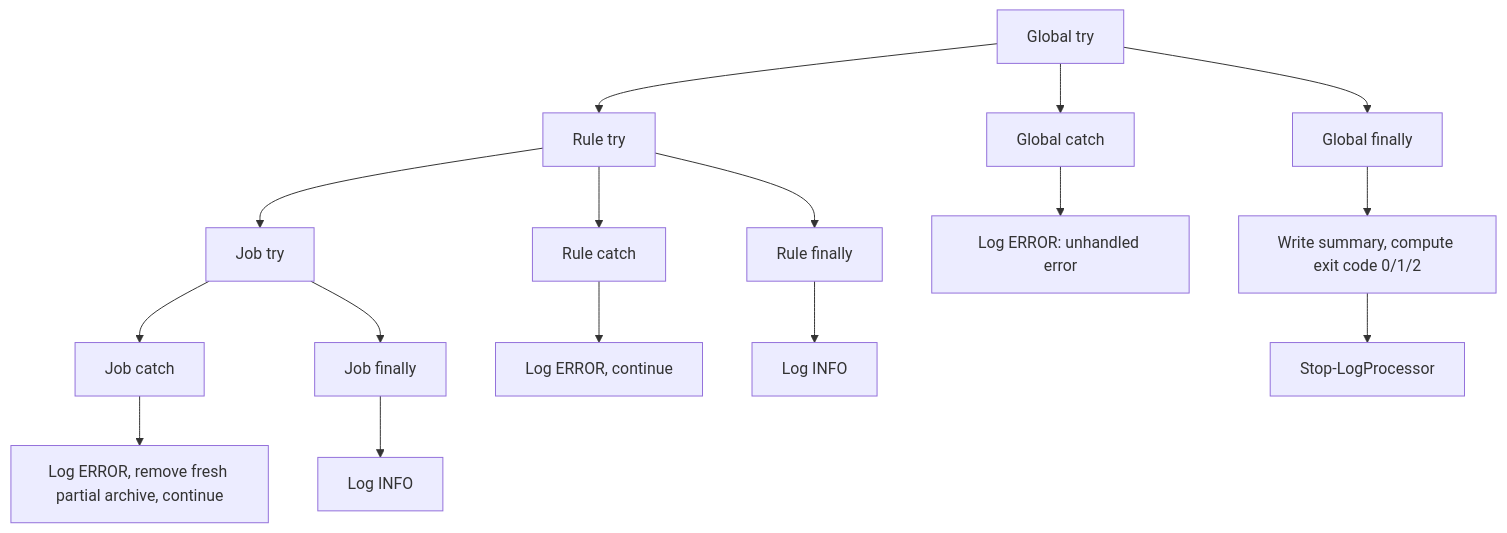
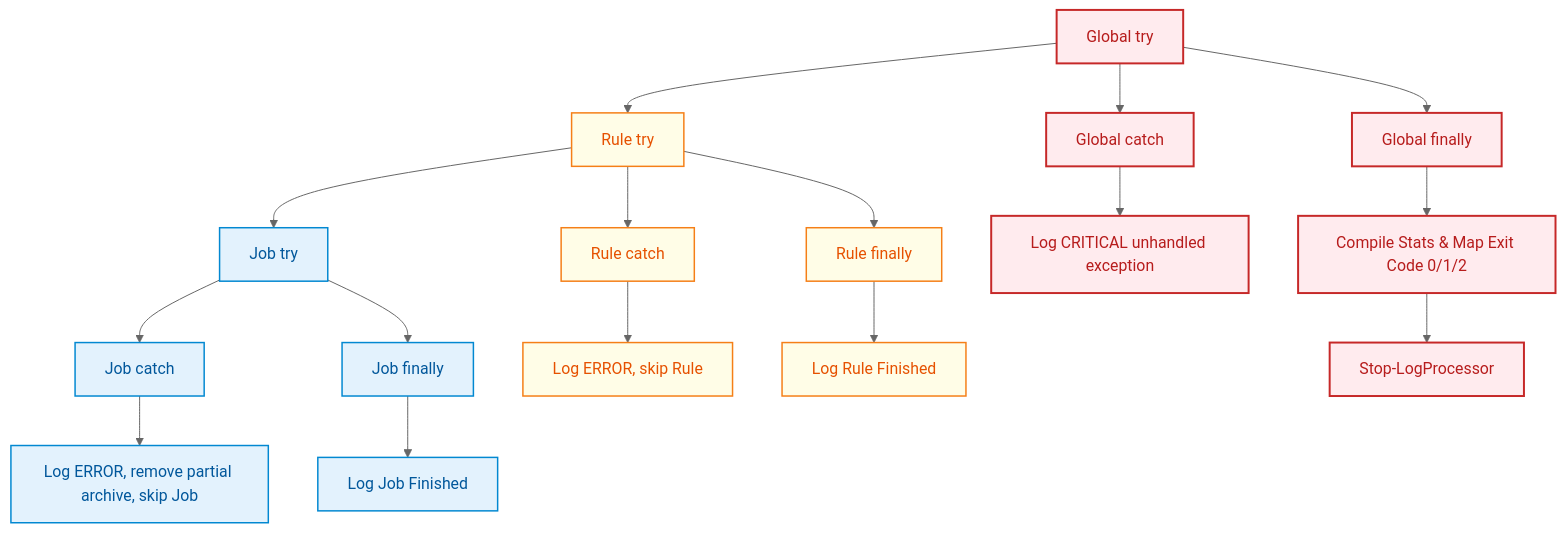
The ninth of 14 diagrams in docs/design/FLOWCHARTS.md (epuckop/shiny-pancake), drawn with Mermaid before and after one commit. The commit also changed other lines of this file and 11 other files, not shown here.

First line of the commit message:
Finalize docs, add JSON schema, rename entry script to main.ps1

````diff
--- a/docs/design/FLOWCHARTS.md
+++ b/docs/design/FLOWCHARTS.md
@@ -216,18 +334,26 @@
 ```mermaid
+%%{init: {'theme': 'neutral', 'themeVariables': { 'fontFamily': 'Segoe UI, system-ui, -apple-system, sans-serif' }}}%%
 flowchart TD
+    classDef default fill:#fafafa,stroke:#ccc,stroke-width:1px,color:#333;
+    classDef globalScope fill:#ffebee,stroke:#c62828,stroke-width:2px,color:#b71c1c;
+    classDef ruleScope fill:#fffde7,stroke:#f57f17,stroke-width:1.5px,color:#e65100;
+    classDef jobScope fill:#e3f2fd,stroke:#0288d1,stroke-width:1.5px,color:#01579b;
+
     A[Global try] --> B[Rule try]
     B --> C[Job try]
-    C --> D[Job catch]
-    D --> E[Log ERROR, remove fresh partial archive, continue]
-    C --> F[Job finally]
-    F --> G[Log INFO]
-    B --> H[Rule catch]
-    H --> I[Log ERROR, continue]
-    B --> J[Rule finally]
-    J --> K[Log INFO]
-    A --> L[Global catch]
-    L --> M[Log ERROR: unhandled error]
-    A --> N[Global finally]
-    N --> O[Write summary, compute exit code 0/1/2]
+    
+    C --> D[Job catch] --> E[Log ERROR, remove partial archive, skip Job]
+    C --> F[Job finally] --> G[Log Job Finished]
+    
+    B --> H[Rule catch] --> I[Log ERROR, skip Rule]
+    B --> J[Rule finally] --> K[Log Rule Finished]
+    
+    A --> L[Global catch] --> M[Log CRITICAL unhandled exception]
+    A --> N[Global finally] --> O[Compile Stats & Map Exit Code 0/1/2]
+    
     O --> P[Stop-LogProcessor]
+
+    class A,L,M,N,O,P globalScope;
+    class B,H,I,J,K ruleScope;
+    class C,D,E,F,G jobScope;
 ```
````
